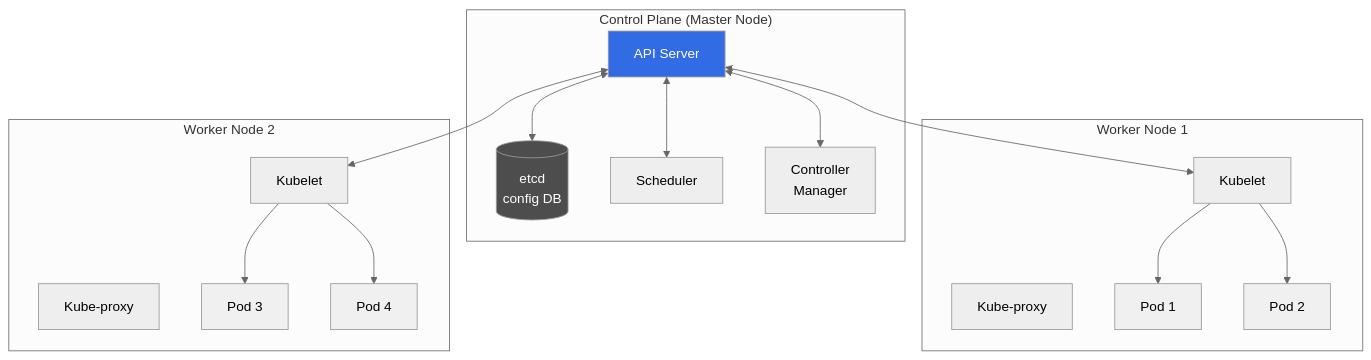
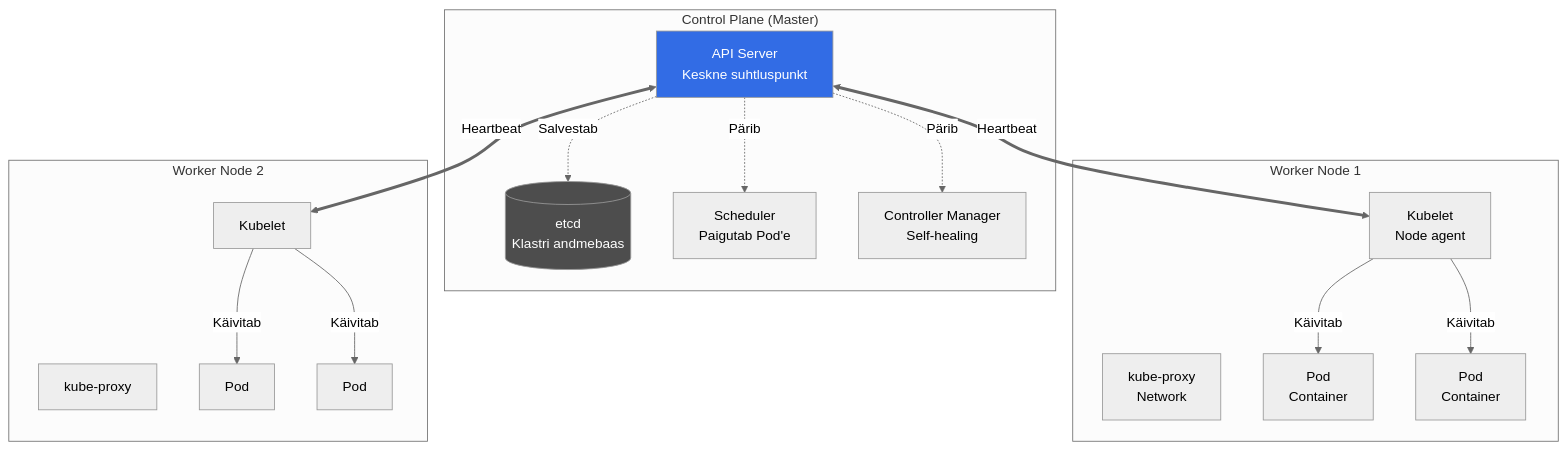
The second of 4 diagrams in docs/kubernetes/loeng.md (mtalvik/automatiseerimine_ext), drawn with Mermaid (neutral theme) before and after one commit. The commit also changed other lines of this file and 5 other files, not shown here.

````diff
--- a/docs/kubernetes/loeng.md
+++ b/docs/kubernetes/loeng.md
@@ -102,40 +108,36 @@
 ```mermaid
 graph TB
-    subgraph "Control Plane (Master Node)"
-        API[API Server]
-        ETCD[(etcd<br/>config DB)]
-        Sched[Scheduler]
-        Ctrl[Controller<br/>Manager]
+    subgraph "Control Plane (Master)"
+    API[API Server<br/>Keskne suhtluspunkt]
+    ETCD[(etcd<br/>Klastri andmebaas)]
+    SCHED[Scheduler<br/>Paigutab Pod'e]
+    CM[Controller Manager<br/>Self-healing]
     end
     
     subgraph "Worker Node 1"
-        Kubelet1[Kubelet]
-        Proxy1[Kube-proxy]
-        Pod1[Pod 1]
-        Pod2[Pod 2]
+    K1[Kubelet<br/>Node agent]
+    P1[kube-proxy<br/>Network]
+    POD1[Pod<br/>Container]
+    POD2[Pod<br/>Container]
     end
     
     subgraph "Worker Node 2"
-        Kubelet2[Kubelet]
-        Proxy2[Kube-proxy]
-        Pod3[Pod 3]
-        Pod4[Pod 4]
+    K2[Kubelet]
+    P2[kube-proxy]
+    POD3[Pod]
+    POD4[Pod]
     end
     
-    API <--> ETCD
-    API <--> Sched
-    API <--> Ctrl
-    API <--> Kubelet1
-    API <--> Kubelet2
-    Kubelet1 --> Pod1
-    Kubelet1 --> Pod2
-    Kubelet2 --> Pod3
-    Kubelet2 --> Pod4
+    API -.->|Salvestab| ETCD
+    API -.->|Pärib| SCHED
+    API -.->|Pärib| CM
+    API <==>|Heartbeat| K1
+    API <==>|Heartbeat| K2
+    K1 -->|Käivitab| POD1
+    K1 -->|Käivitab| POD2
+    K2 -->|Käivitab| POD3
+    K2 -->|Käivitab| POD4
     
     style API fill:#326ce5,color:#fff
     style ETCD fill:#4d4d4d,color:#fff
-    style Pod1 fill:#f0f0f0
-    style Pod2 fill:#f0f0f0
-    style Pod3 fill:#f0f0f0
-    style Pod4 fill:#f0f0f0
 ```
````
